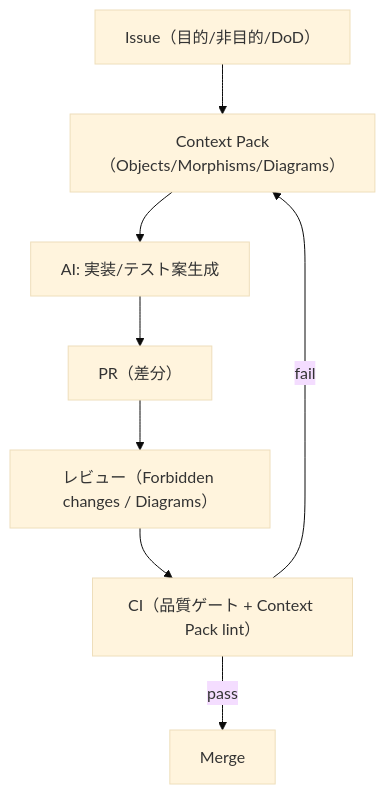
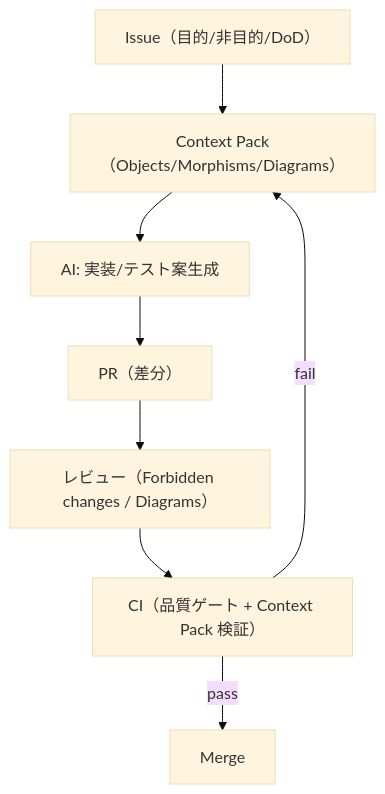
Before and after one commit to itdojp/categorical-software-design-book: the diagram in chapters/chapter10/index.md, drawn with Mermaid (base theme). The commit also changed other lines of this file and 6 other files, not shown here.

Commit message:
Issue #53: add Context Pack schema validation

````diff
--- a/chapters/chapter10/index.md
+++ b/chapters/chapter10/index.md
@@ -32,10 +32,10 @@
 ```mermaid
 graph TD
   IS["Issue（目的/非目的/DoD）"] --> CP["Context Pack（Objects/Morphisms/Diagrams）"]
   CP --> AI["AI: 実装/テスト案生成"]
   AI --> PR["PR（差分）"]
   PR --> RV["レビュー（Forbidden changes / Diagrams）"]
-  RV --> CI["CI（品質ゲート + Context Pack lint）"]
+  RV --> CI["CI（品質ゲート + Context Pack 検証）"]
   CI -->|pass| MG["Merge"]
   CI -->|fail| CP
 ```
````
